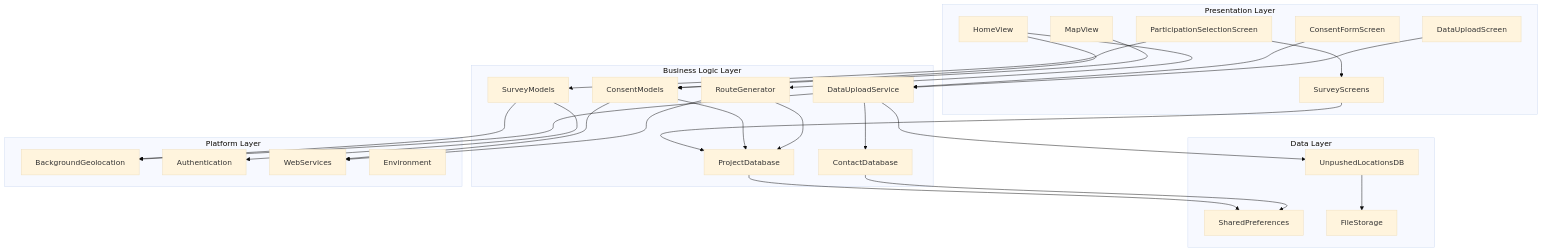
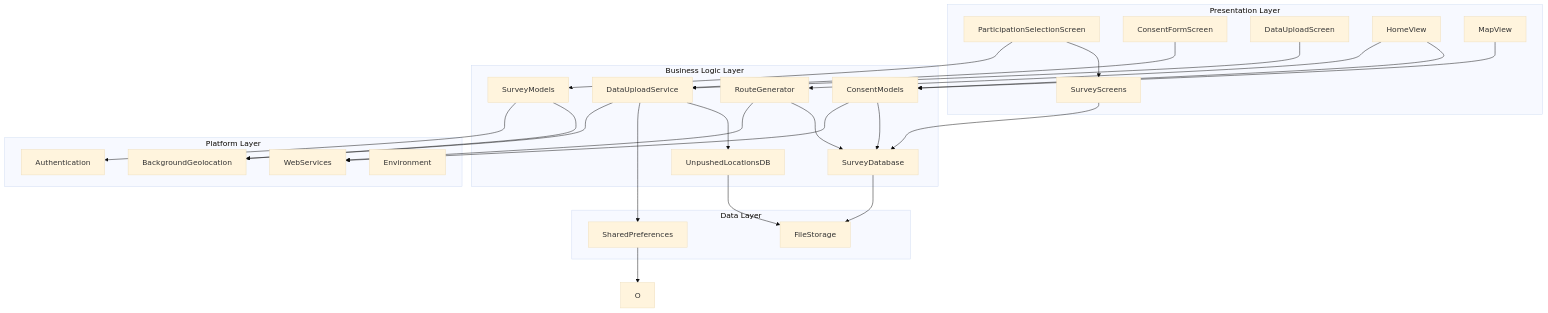
Before and after one commit to ActivitySpaceLab/gauteng-wellbeing-mapper-app: the first of 7 diagrams in docs/ARCHITECTURE.md, drawn with Mermaid (base theme). The commit also changed other lines of this file and 5 other files, not shown here.

````diff
--- a/docs/ARCHITECTURE.md
+++ b/docs/ARCHITECTURE.md
@@ -126,59 +126,58 @@
 ```mermaid
 graph TB
     subgraph "Presentation Layer"
         A[ParticipationSelectionScreen]
         B[ConsentFormScreen]
         C[DataUploadScreen]
         D[HomeView]
         E[MapView]
         F[SurveyScreens]
     end
     
     subgraph "Business Logic Layer"
         G[DataUploadService]
         H[ConsentModels]
         I[SurveyModels]
         J[RouteGenerator]
         K[CustomLocation]
         L[LocationManager]
     end
     
     subgraph "Data Layer"
-        K[ProjectDatabase]
-        L[ContactDatabase]
-        M[UnpushedLocationsDB]
-        N[SharedPreferences]
-        O[FileStorage]
+        K[SurveyDatabase]
+        L[UnpushedLocationsDB]
+        M[SharedPreferences]
+        N[FileStorage]
     end
     
     subgraph "Platform Layer"
         P[BackgroundGeolocation]
         Q[Authentication]
         R[WebServices]
         S[Environment]
     end
     
     A --> F
     A --> I
     B --> G
     C --> G
     D --> H
     D --> J
     E --> H
     
     F --> K
     G --> L
     G --> M
     H --> K
     I --> P
     J --> K
     
     G --> P
     H --> R
     I --> Q
     J --> R
     
     K --> N
     L --> N
     M --> O
 ```
````
